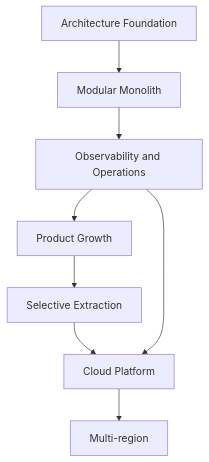
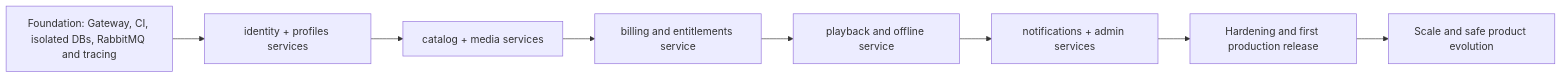
Before and after one commit to IoanMarian08/KidsAudioBookPlatform: the diagram in docs/03_Architecture/C4_Model/15_Architecture_Roadmap.md, drawn with Mermaid. The commit also changed other lines of this file and 2 other files, not shown here.

Commit message:
docs(c4): update architecture roadmap, contracts and distributed-systems debt

````diff
--- a/docs/03_Architecture/C4_Model/15_Architecture_Roadmap.md
+++ b/docs/03_Architecture/C4_Model/15_Architecture_Roadmap.md
@@ -409,18 +16,10 @@
-```mermaid
-flowchart TD
-    F[Architecture Foundation]
-    M[Modular Monolith]
-    O[Observability and Operations]
-    G[Product Growth]
-    E[Selective Extraction]
-    C[Cloud Platform]
-    R[Multi-region]
-
-    F --> M
-    M --> O
-    O --> G
-    G --> E
-    E --> C
-    C --> R
-    O --> C
-```
+~~~mermaid
+flowchart LR
+  F[Foundation: Gateway, CI, isolated DBs, RabbitMQ and tracing] --> I[identity + profiles services]
+  I --> C[catalog + media services]
+  C --> B[billing and entitlements service]
+  B --> P[playback and offline service]
+  P --> N[notifications + admin services]
+  N --> R[Hardening and first production release]
+  R --> E[Scale and safe product evolution]
+~~~
````
